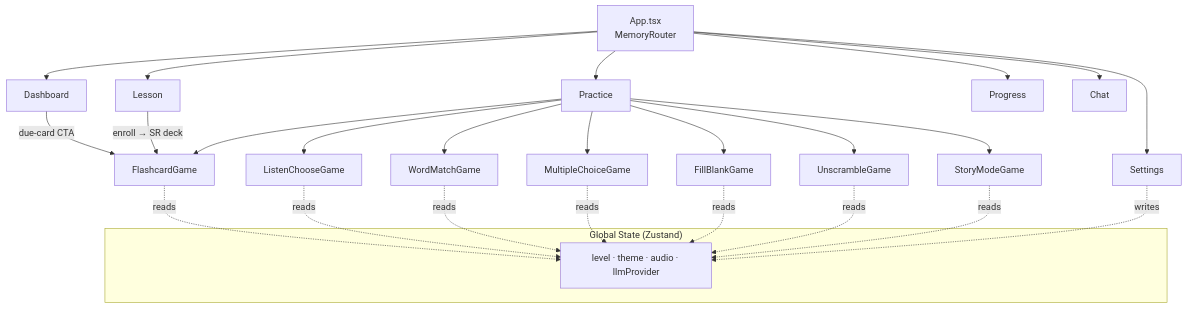
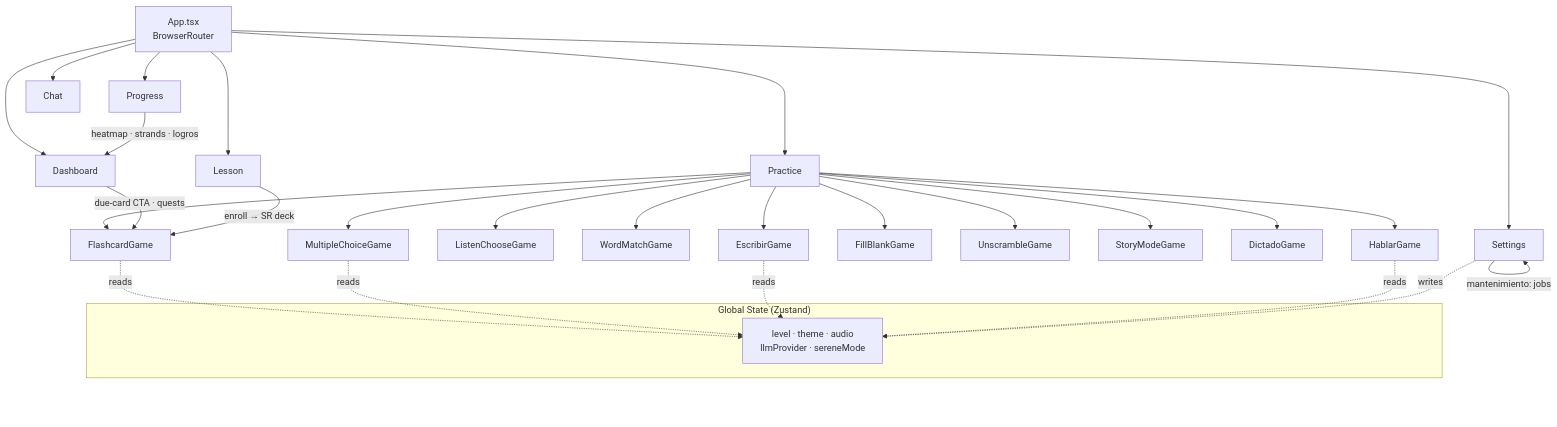
One commit to dccartagena/nederlands-leren changed the sixth of 6 diagrams in README.md. Above: the diagram before and after it, drawn with Mermaid. The commit also changed other lines of this file and 1 other file, not shown here.

````diff
--- a/README.md
+++ b/README.md
@@ -521,29 +622,34 @@
 ```mermaid
 flowchart TD
-    App["App.tsx\nMemoryRouter"]
+    App["App.tsx\nBrowserRouter"]
 
     App --> Dashboard
     App --> Lesson
     App --> Practice
     App --> Progress
     App --> Chat
     App --> Settings
 
     Practice --> FC["FlashcardGame"]
     Practice --> LC["ListenChooseGame"]
     Practice --> WM["WordMatchGame"]
     Practice --> MC["MultipleChoiceGame"]
     Practice --> FB["FillBlankGame"]
     Practice --> US["UnscrambleGame"]
     Practice --> SM["StoryModeGame"]
+    Practice --> DG["DictadoGame"]
+    Practice --> EG["EscribirGame"]
+    Practice --> HG["HablarGame"]
 
-    Dashboard -->|"due-card CTA"| FC
+    Dashboard -->|"due-card CTA · quests"| FC
     Lesson -->|"enroll → SR deck"| FC
+    Progress -->|"heatmap · strands · logros"| Dashboard
+    Settings -->|"mantenimiento: jobs"| Settings
 
     subgraph Global["Global State (Zustand)"]
-        Store["level · theme · audio · llmProvider"]
+        Store["level · theme · audio\nllmProvider · sereneMode"]
     end
 
-    FC & LC & WM & MC & FB & US & SM -.->|reads| Store
+    FC & MC & EG & HG -.->|reads| Store
     Settings -.->|writes| Store
 ```
````
